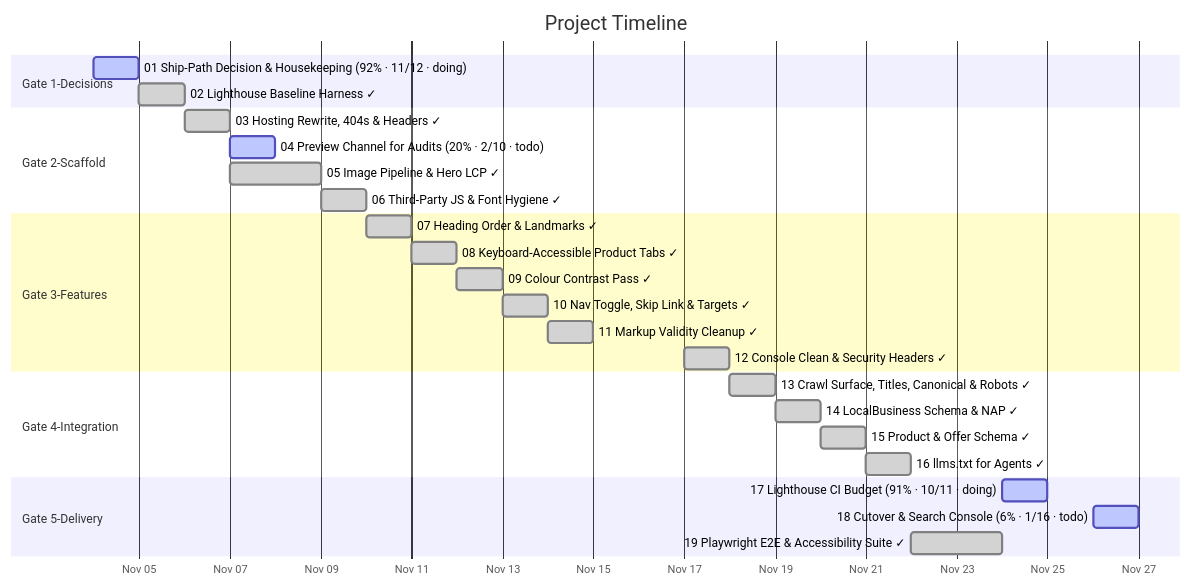
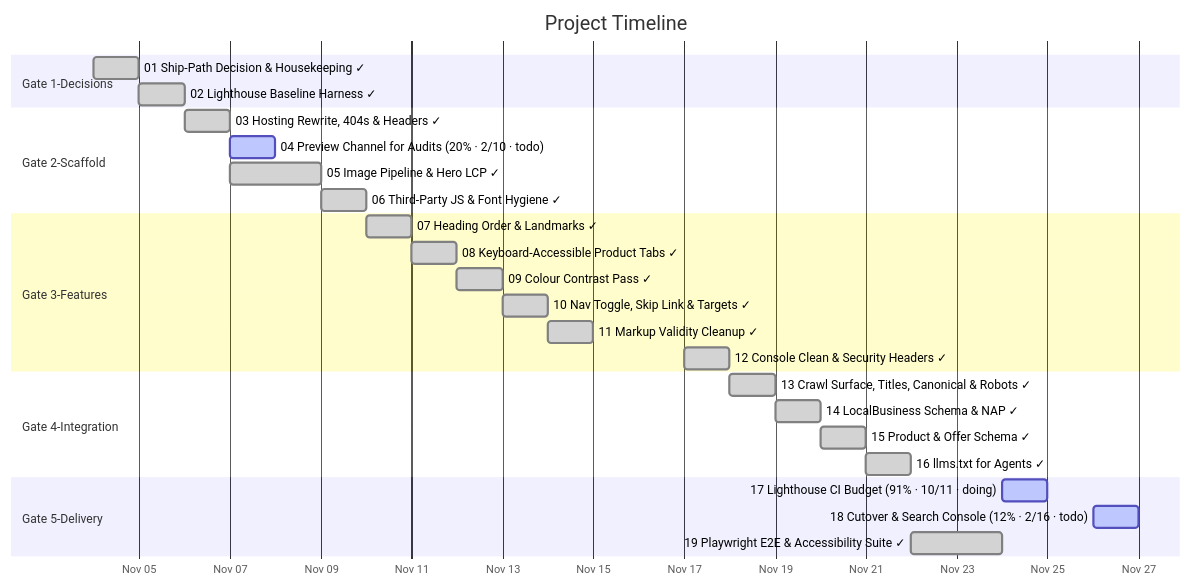
One commit to matterattetatte/esmia-v5 changed the diagram in docs/diagrams/task-gantt.md. Above: the diagram before and after it, drawn with Mermaid. The commit also changed other lines of this file and 9 other files, not shown here.

````diff
--- a/docs/diagrams/task-gantt.md
+++ b/docs/diagrams/task-gantt.md
@@ -27,31 +27,31 @@
 ```mermaid
 gantt
     title Project Timeline
     dateFormat  YYYY-MM-DD
     axisFormat  %b %d
 
     section Gate 1-Decisions
-    01 Ship-Path Decision & Housekeeping (92% · 11/12 · doing) : active, 2026-11-04, 1d
+    01 Ship-Path Decision & Housekeeping ✓ : done, 2026-11-04, 1d
     02 Lighthouse Baseline Harness ✓ : done, 2026-11-05, 1d
     section Gate 2-Scaffold
     03 Hosting Rewrite, 404s & Headers ✓ : done, 2026-11-06, 1d
     04 Preview Channel for Audits (20% · 2/10 · todo) : active, 2026-11-07, 1d
     05 Image Pipeline & Hero LCP ✓ : done, 2026-11-07, 2d
     06 Third-Party JS & Font Hygiene ✓ : done, 2026-11-09, 1d
     section Gate 3-Features
     07 Heading Order & Landmarks ✓ : done, 2026-11-10, 1d
     08 Keyboard-Accessible Product Tabs ✓ : done, 2026-11-11, 1d
     09 Colour Contrast Pass ✓ : done, 2026-11-12, 1d
     10 Nav Toggle, Skip Link & Targets ✓ : done, 2026-11-13, 1d
     11 Markup Validity Cleanup ✓ : done, 2026-11-14, 1d
     12 Console Clean & Security Headers ✓ : done, 2026-11-17, 1d
     section Gate 4-Integration
     13 Crawl Surface, Titles, Canonical & Robots ✓ : done, 2026-11-18, 1d
     14 LocalBusiness Schema & NAP ✓ : done, 2026-11-19, 1d
     15 Product & Offer Schema ✓ : done, 2026-11-20, 1d
     16 llms.txt for Agents ✓ : done, 2026-11-21, 1d
     section Gate 5-Delivery
     17 Lighthouse CI Budget (91% · 10/11 · doing) : active, 2026-11-24, 1d
-    18 Cutover & Search Console (6% · 1/16 · todo) : active, 2026-11-26, 1d
+    18 Cutover & Search Console (12% · 2/16 · todo) : active, 2026-11-26, 1d
     19 Playwright E2E & Accessibility Suite ✓ : done, 2026-11-22, 2d
 ```
````
